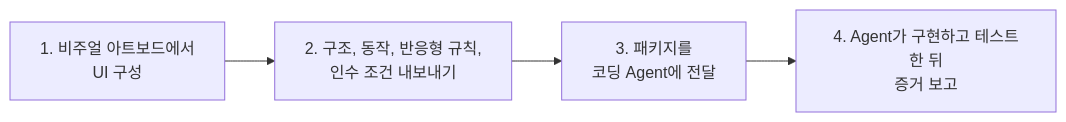
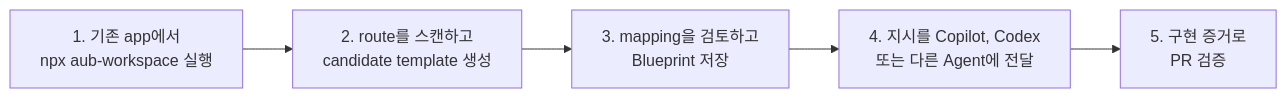
The diagram in README.ko.md (HenryLau1103/AUB), drawn with Mermaid before and after one commit. The commit also changed other lines of this file and 31 other files, not shown here.

````diff
--- a/README.ko.md
+++ b/README.ko.md
@@ -26,6 +26,7 @@
 ```mermaid
 flowchart LR
-  A["1. 비주얼 아트보드에서<br/>UI 구성"] --> B["2. 구조, 동작, 반응형 규칙,<br/>인수 조건 내보내기"]
-  B --> C["3. 패키지를<br/>코딩 Agent에 전달"]
-  C --> D["4. Agent가 구현하고 테스트한 뒤<br/>증거 보고"]
+  A["1. 기존 app에서<br/>npx aub-workspace 실행"] --> B["2. route를 스캔하고<br/>candidate template 생성"]
+  B --> C["3. mapping을 검토하고<br/>Blueprint 저장"]
+  C --> D["4. 지시를 Copilot, Codex<br/>또는 다른 Agent에 전달"]
+  D --> E["5. 구현 증거로<br/>PR 검증"]
 ```
````
